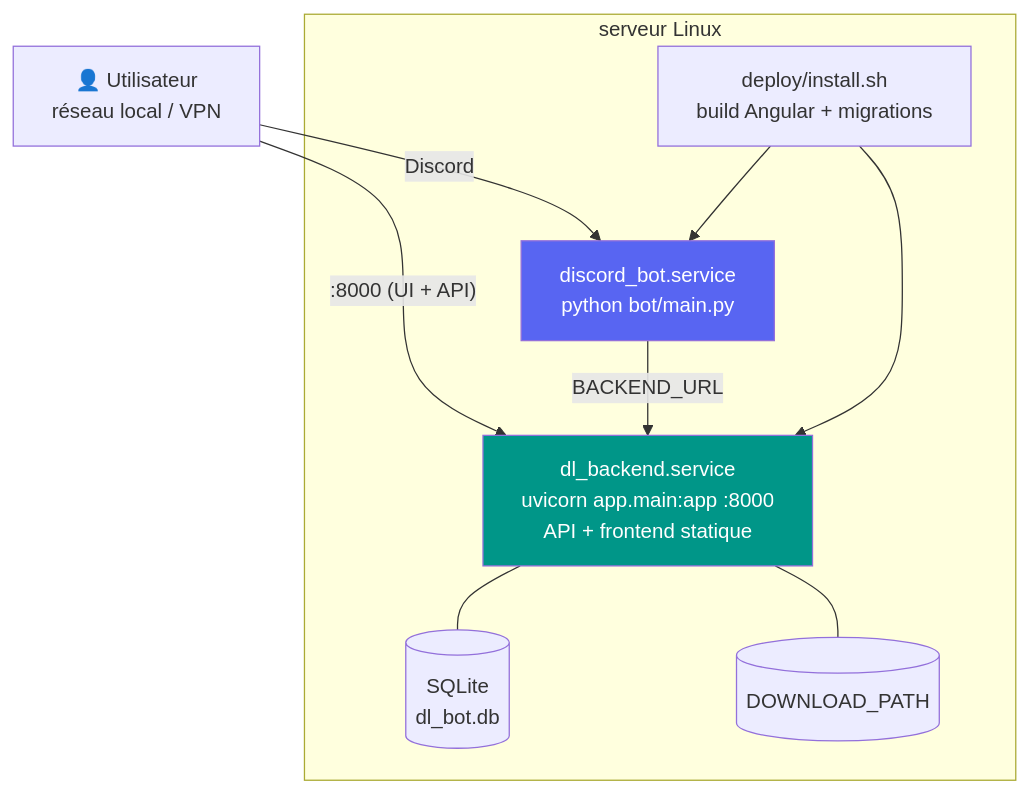
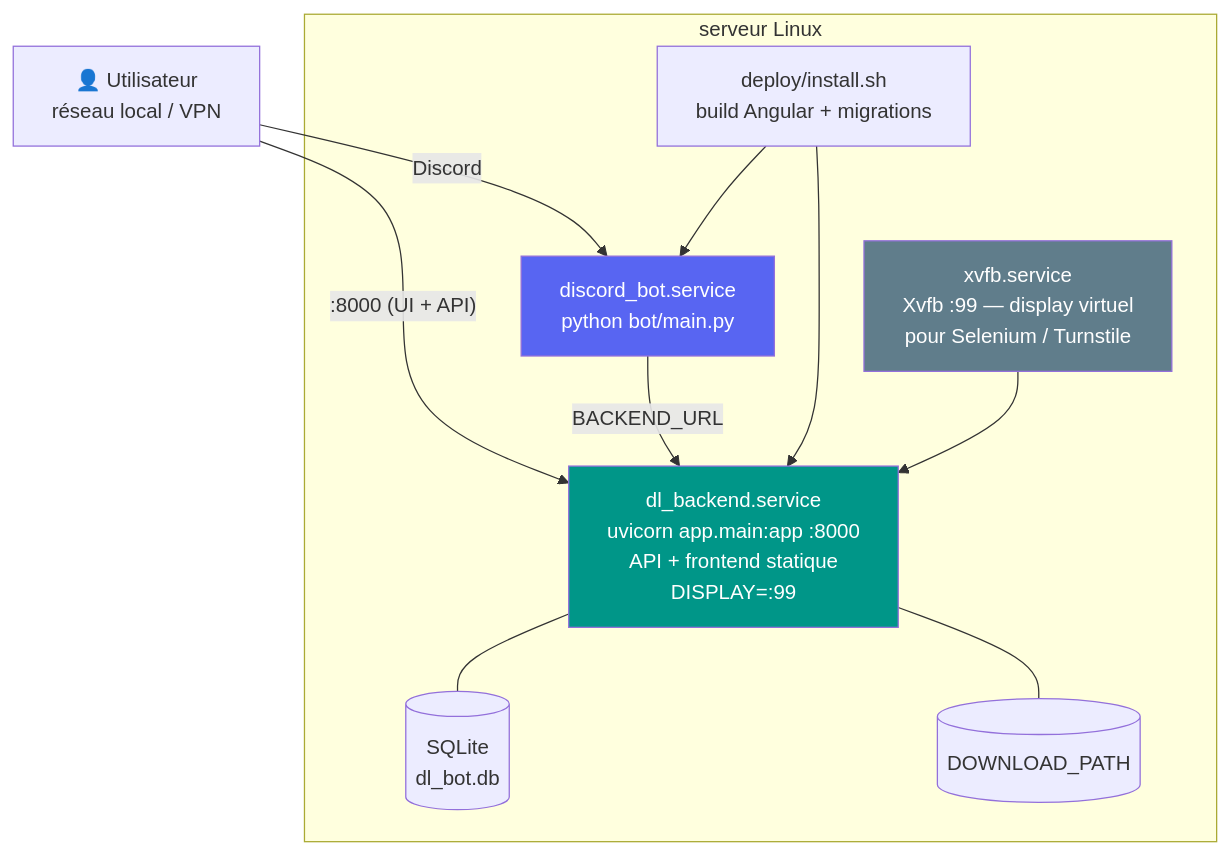
The seventh of 7 diagrams in docs/architecture-v2.md (Gon3s/dl_discord_bot), drawn with Mermaid before and after one commit. The commit also changed 3 other files, not shown here.

First line of the commit message:
fix(wawacity): fallback large pour dl-protect + Xvfb en prod

````diff
--- a/docs/architecture-v2.md
+++ b/docs/architecture-v2.md
@@ -397,21 +397,24 @@
 ```mermaid
 graph TB
     subgraph host["serveur Linux"]
         INSTALL["deploy/install.sh<br/>build Angular + migrations"]
-        BE["dl_backend.service<br/>uvicorn app.main:app :8000<br/>API + frontend statique"]
+        XVFB["xvfb.service<br/>Xvfb :99 — display virtuel<br/>pour Selenium / Turnstile"]
+        BE["dl_backend.service<br/>uvicorn app.main:app :8000<br/>API + frontend statique<br/>DISPLAY=:99"]
         BOT["discord_bot.service<br/>python bot/main.py"]
         DB[("SQLite<br/>dl_bot.db")]
         MEDIA[("DOWNLOAD_PATH")]
     end
 
     USER["👤 Utilisateur<br/>réseau local / VPN"] -->|":8000 (UI + API)"| BE
     USER -->|Discord| BOT
     BOT -->|BACKEND_URL| BE
     INSTALL --> BE
     INSTALL --> BOT
+    XVFB --> BE
     BE --- DB
     BE --- MEDIA
 
     style BE fill:#009688,color:#fff
     style BOT fill:#5865F2,color:#fff
+    style XVFB fill:#607d8b,color:#fff
 ```
````
